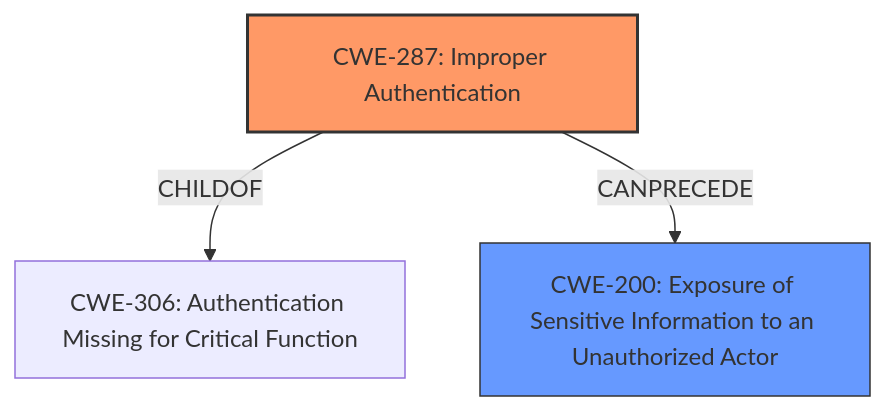
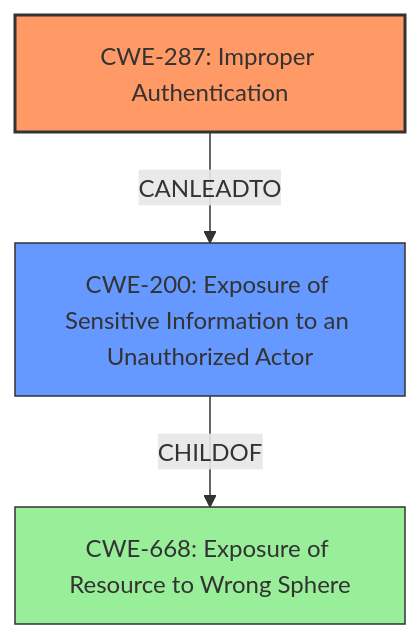
The diagram in CVE-2021-33766/CVE-2021-33766_analysis.md (CyberSecAI/cwe_agent_assign_reports_2023), drawn with Mermaid before and after one commit. The commit also changed other lines of this file and 902 other files, not shown here.

````diff
--- a/CVE-2021-33766/CVE-2021-33766_analysis.md
+++ b/CVE-2021-33766/CVE-2021-33766_analysis.md
@@ -17,15 +17,16 @@
 ```mermaid
 graph TD
     cwe287["CWE-287: Improper Authentication"]
-    cwe306["CWE-306: Authentication Missing for Critical Function"]
     cwe200["CWE-200: Exposure of Sensitive Information to an Unauthorized Actor"]
-    
-    cwe287 -->|CHILDOF| cwe306
-    cwe287 -->|CANPRECEDE| cwe200
-    
+    cwe668["CWE-668: Exposure of Resource to Wrong Sphere"]
+
+    cwe200 -->|CHILDOF| cwe668
+    cwe287 -->|CANLEADTO| cwe200
+
     classDef primary fill:#f96,stroke:#333,stroke-width:2px
     classDef secondary fill:#69f,stroke:#333
     classDef tertiary fill:#9e9,stroke:#333
     class cwe287 primary
     class cwe200 secondary
+    class cwe668 tertiary
 ```
````
